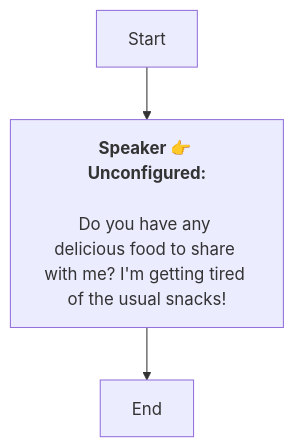
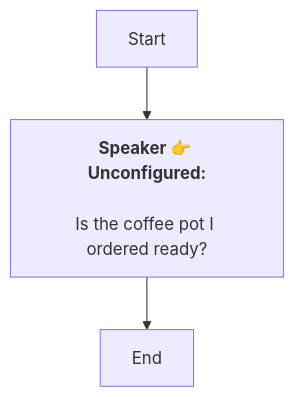
Before and after one commit to SoftHu/tos_avg: the diagram in En/Dialog_54965412665541.md, drawn with Mermaid. The commit also changed 297 other files, not shown here.

````diff
--- a/En/Dialog_54965412665541.md
+++ b/En/Dialog_54965412665541.md
@@ -1,8 +1,8 @@
 ```mermaid
 graph
 Start -->1758893250390654[<b>Speaker 👉 Unconfigured:</b>
 
-Do you have any delicious food to share with me? I'm getting tired of the usual snacks!]
+Is the coffee pot I ordered ready?]
 1758893250390654 -->1758893252550271[End]
 
  ```
````
